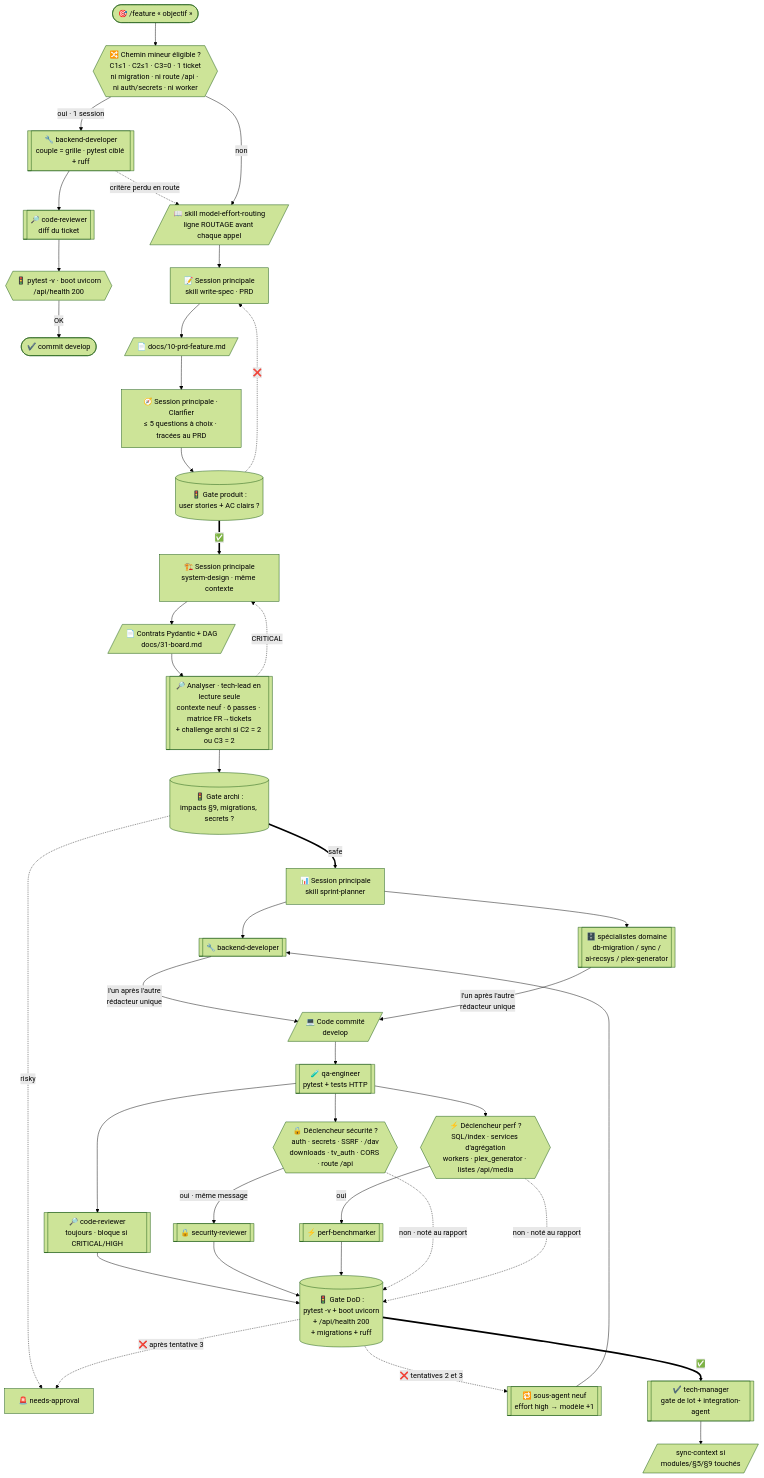
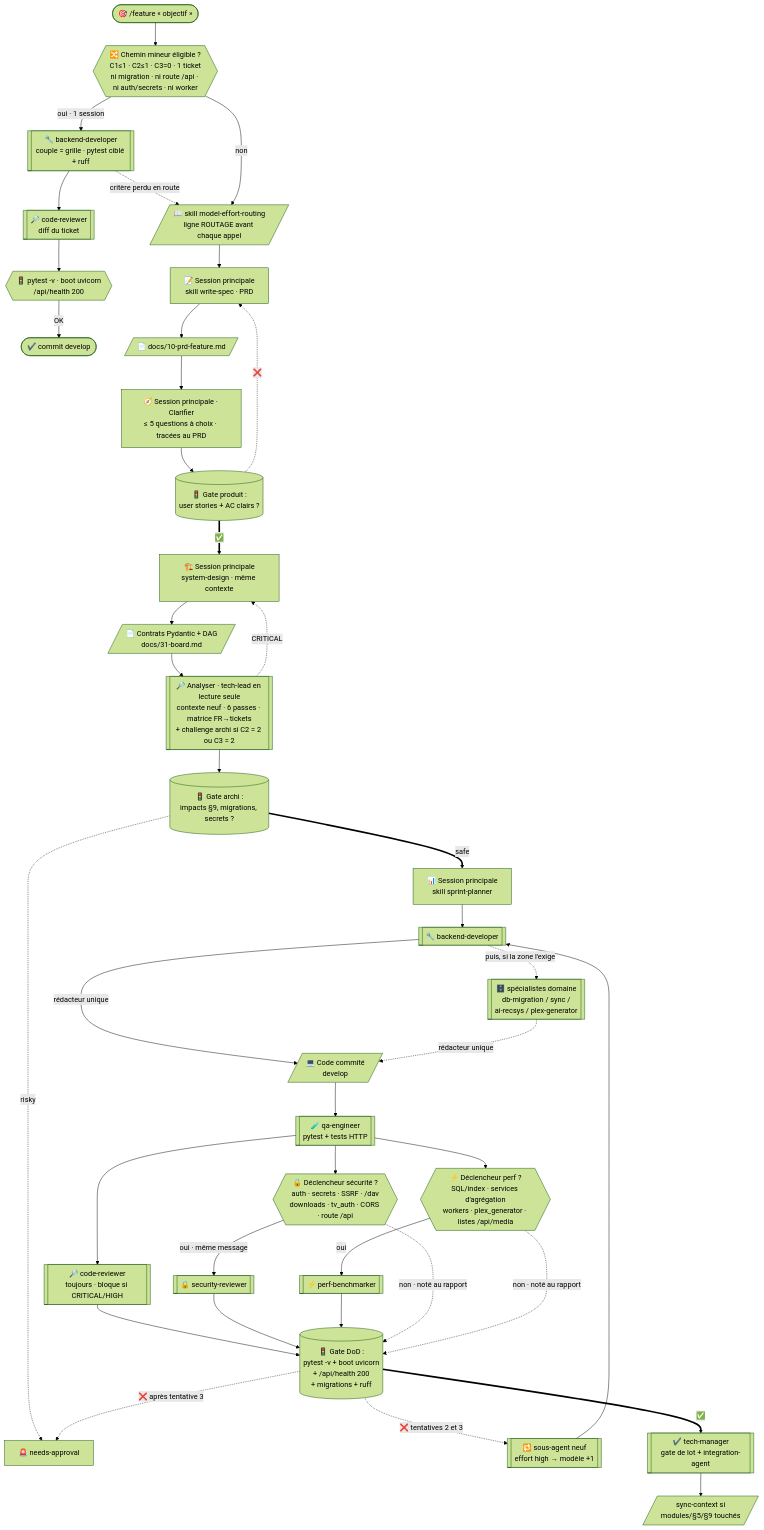
One commit to ChakirHamzaChahid/Plexhub-Backend changed the sixth of 10 diagrams in .claude/WORKFLOWS-DIAGRAMS.md. Above: the diagram before and after it, drawn with Mermaid (forest theme). The commit also changed other lines of this file and 1 other file, not shown here.

First line of the commit message:
docs(claude): cohérence doc ↔ diagrammes (revue multi-IA, lot A)

````diff
--- a/.claude/WORKFLOWS-DIAGRAMS.md
+++ b/.claude/WORKFLOWS-DIAGRAMS.md
@@ -156,39 +156,40 @@
 ```mermaid
 flowchart TD
   T([🎯 /feature « objectif »]) --> TRI{{🔀 Chemin mineur éligible ?<br/>C1≤1 · C2≤1 · C3=0 · 1 ticket<br/>ni migration · ni route /api · ni auth/secrets · ni worker}}
   TRI -->|oui · 1 session| M1[[🔧 backend-developer<br/>couple = grille · pytest ciblé + ruff]]
   M1 --> M2[[🔎 code-reviewer<br/>diff du ticket]]
   M2 --> M3{{🚦 pytest -v · boot uvicorn<br/>/api/health 200}}
   M3 -->|OK| MC([✔️ commit develop])
   M1 -.->|critère perdu en route| SKILL
   TRI -->|non| SKILL[/📖 skill model-effort-routing<br/>ligne ROUTAGE avant chaque appel/]
   SKILL --> P1[📝 Session principale<br/>skill write-spec · PRD]
   P1 --> PRD[/📄 docs/10-prd-feature.md/]
   PRD --> CLR[🧭 Session principale · Clarifier<br/>≤ 5 questions à choix · tracées au PRD]
   CLR --> GATE1[(🚦 Gate produit :<br/>user stories + AC clairs ?)]
   GATE1 -.->|❌| P1
   GATE1 ==>|✅| P2[🏗️ Session principale<br/>system-design · même contexte]
   P2 --> ARCH[/📄 Contrats Pydantic + DAG<br/>docs/31-board.md/]
   ARCH --> ANA[[🔎 Analyser · tech-lead en lecture seule<br/>contexte neuf · 6 passes · matrice FR→tickets<br/>+ challenge archi si C2 = 2 ou C3 = 2]]
   ANA -.->|CRITICAL| P2
   ANA --> GATE2[(🚦 Gate archi :<br/>impacts §9, migrations, secrets ?)]
   GATE2 -.->|risky| HUM[🚨 needs-approval]
   GATE2 ==>|safe| PM[📊 Session principale<br/>skill sprint-planner]
   PM --> P3A[[🔧 backend-developer]]
-  PM --> P3B[[🗄️ spécialistes domaine<br/>db-migration / sync /<br/>ai-recsys / plex-generator]]
-  P3A & P3B -->|l'un après l'autre<br/>rédacteur unique| CODE[/💻 Code commité<br/>develop/]
+  P3A -.->|puis, si la zone l'exige| P3B[[🗄️ spécialistes domaine<br/>db-migration / sync /<br/>ai-recsys / plex-generator]]
+  P3A -->|rédacteur unique| CODE[/💻 Code commité<br/>develop/]
+  P3B -.->|rédacteur unique| CODE
   CODE --> P4[[🧪 qa-engineer<br/>pytest + tests HTTP]]
   P4 --> P5A[[🔎 code-reviewer<br/>toujours · bloque si CRITICAL/HIGH]]
   P4 --> DSEC{{🔒 Déclencheur sécurité ?<br/>auth · secrets · SSRF · /dav<br/>downloads · tv_auth · CORS · route /api}}
   DSEC -->|oui · même message| P5B[[🔒 security-reviewer]]
   P4 --> DPERF{{⚡ Déclencheur perf ?<br/>SQL/index · services d'agrégation<br/>workers · plex_generator · listes /api/media}}
   DPERF -->|oui| P5C[[⚡ perf-benchmarker]]
   P5A & P5B & P5C --> GATE3[(🚦 Gate DoD :<br/>pytest -v + boot uvicorn<br/>+ /api/health 200<br/>+ migrations + ruff)]
   DSEC -.->|non · noté au rapport| GATE3
   DPERF -.->|non · noté au rapport| GATE3
   GATE3 -.->|❌ tentatives 2 et 3| ESC[[🔁 sous-agent neuf<br/>effort high → modèle +1]]
   ESC --> P3A
   GATE3 -.->|❌ après tentative 3| HUM
   GATE3 ==>|✅| MERGE[[✔️ tech-manager<br/>gate de lot + integration-agent]]
   MERGE --> SC[/sync-context si<br/>modules/§5/§9 touchés/]
 ```
````
